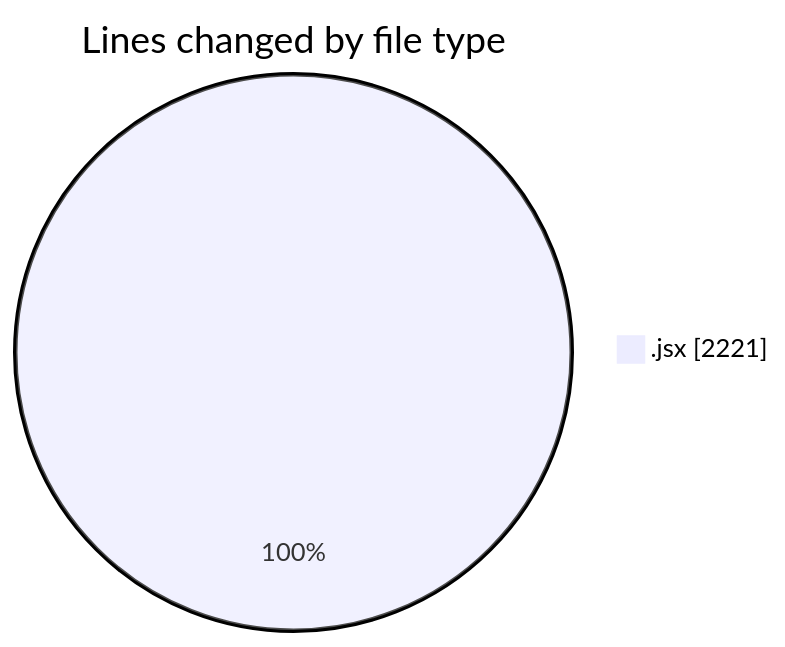
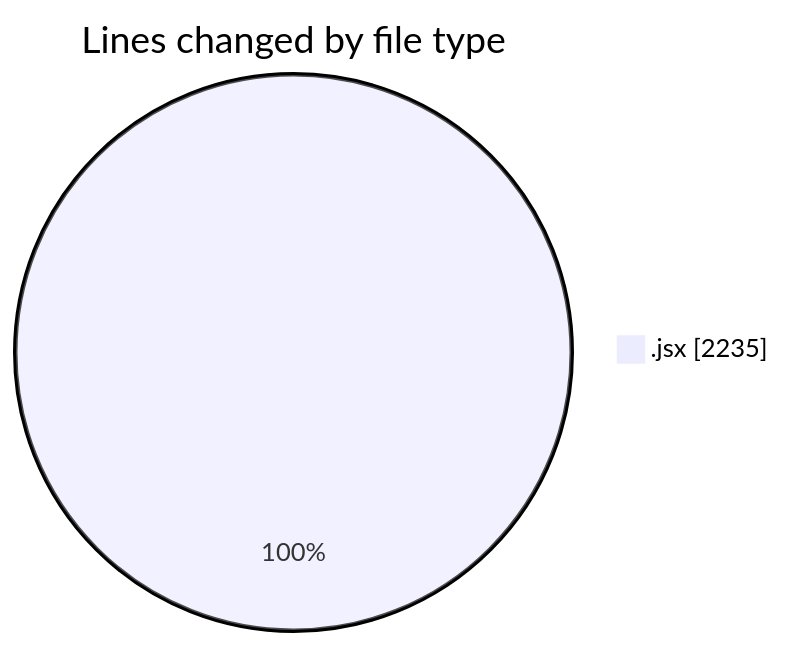
The first of 2 diagrams in 2025-06-02/nxtqube_webapp/README.md (nxtqubesakshisongat/code-tracking), drawn with Mermaid before and after one commit. The commit also changed other lines of this file and 1 other file, not shown here.

````diff
--- a/2025-06-02/nxtqube_webapp/README.md
+++ b/2025-06-02/nxtqube_webapp/README.md
@@ -20,5 +20,5 @@
 ```mermaid
 pie showData
 title Lines changed by file type
-".jsx" : 2221
+".jsx" : 2235
 ```
````
